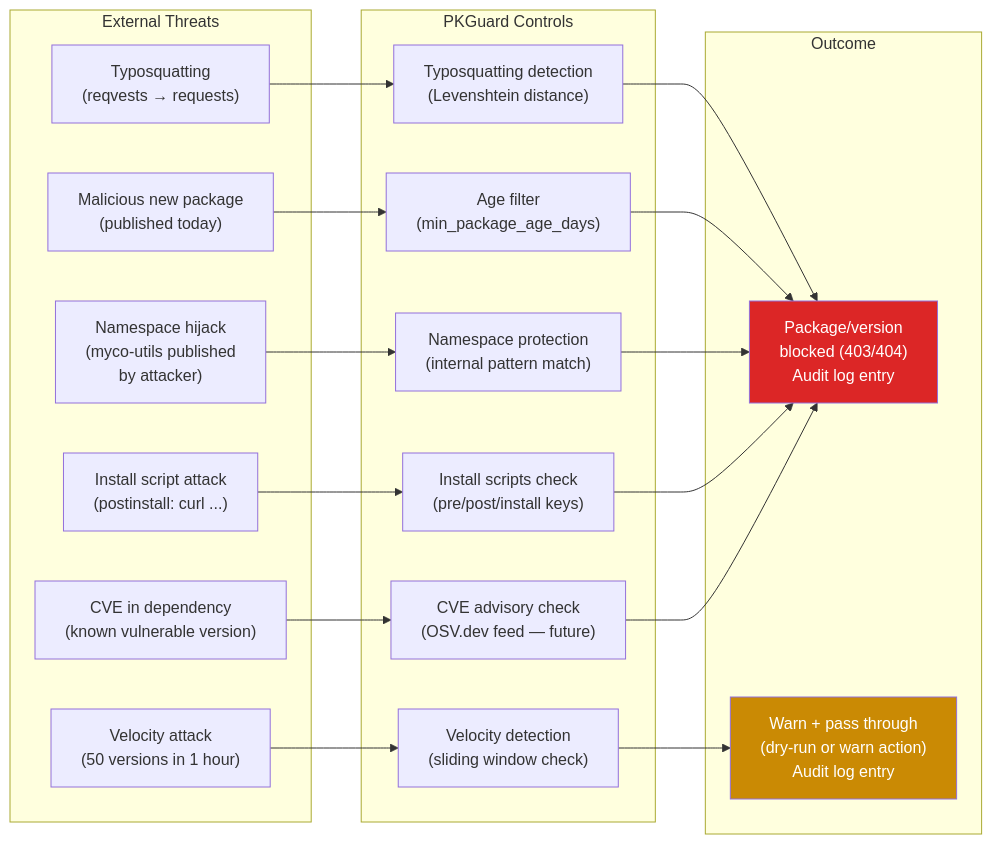
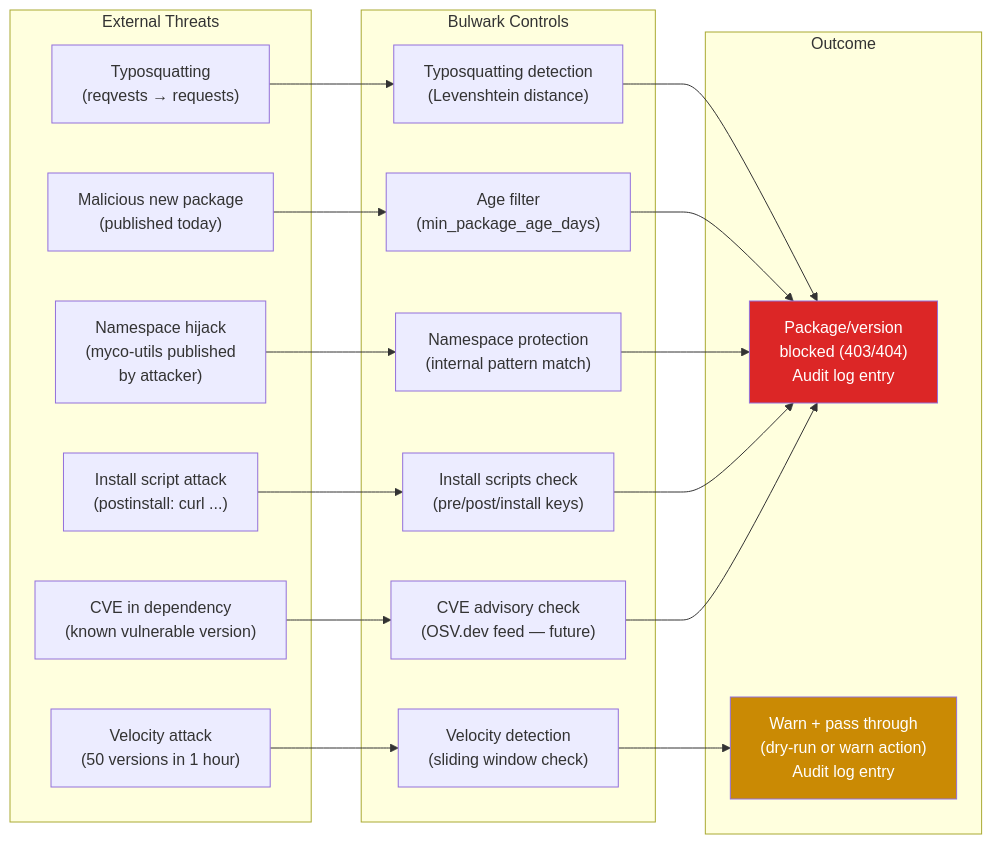
Diagram 17 of 20 in docs/ARCHITECTURE.md (Bluewaves54/Bulwark), drawn with Mermaid before and after one commit. The commit also changed other lines of this file and 165 other files, not shown here.

First line of the commit message:
Rename project from PKGuard to Bulwark

````diff
--- a/docs/ARCHITECTURE.md
+++ b/docs/ARCHITECTURE.md
@@ -718,42 +718,42 @@
 ```mermaid
 flowchart LR
     subgraph External Threats
         T1["Typosquatting\n(reqvests → requests)"]
         T2["Malicious new package\n(published today)"]
         T3["Namespace hijack\n(myco-utils published\nby attacker)"]
         T4["Velocity attack\n(50 versions in 1 hour)"]
         T5["Install script attack\n(postinstall: curl ...)"]
         T6["CVE in dependency\n(known vulnerable version)"]
     end
 
-    subgraph PKGuard Controls
+    subgraph Bulwark Controls
         C1["Typosquatting detection\n(Levenshtein distance)"]
         C2["Age filter\n(min_package_age_days)"]
         C3["Namespace protection\n(internal pattern match)"]
         C4["Velocity detection\n(sliding window check)"]
         C5["Install scripts check\n(pre/post/install keys)"]
         C6["CVE advisory check\n(OSV.dev feed — future)"]
     end
 
     T1 --> C1
     T2 --> C2
     T3 --> C3
     T4 --> C4
     T5 --> C5
     T6 --> C6
 
     subgraph Outcome
         BLOCK["Package/version\nblocked (403/404)\nAudit log entry"]
         WARN["Warn + pass through\n(dry-run or warn action)\nAudit log entry"]
     end
 
     C1 --> BLOCK
     C2 --> BLOCK
     C3 --> BLOCK
     C4 --> WARN
     C5 --> BLOCK
     C6 --> BLOCK
 
     style BLOCK fill:#dc2626,color:#fff
     style WARN fill:#ca8a04,color:#fff
 ```
````
